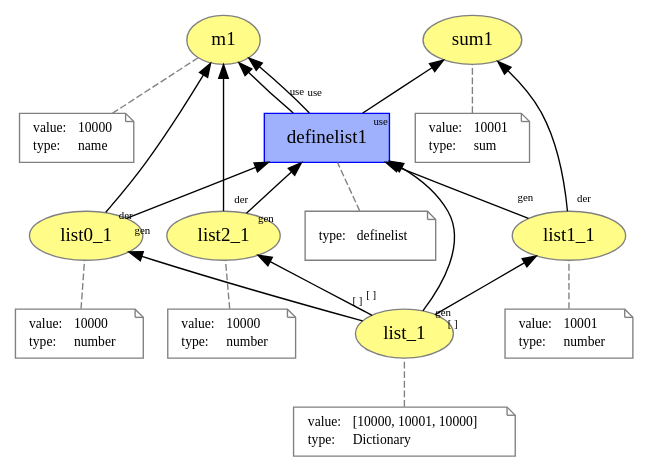
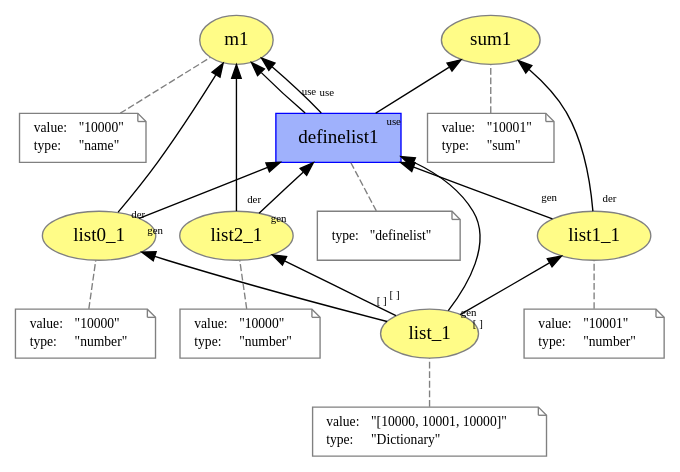
The diagram in plain_prov/list.dot (dew-uff/versioned-prov), drawn with Graphviz before and after one commit. The commit also changed 93 other files, not shown here.

```diff
--- a/plain_prov/list.dot
+++ b/plain_prov/list.dot
@@ -1,95 +1,95 @@
 digraph "PROV" { size="16,12"; rankdir="BT";
 "http://example.org/m1" [fillcolor="#FFFC87",color="#808080",style="filled",label="m1",URL="http://example.org/m1"]
 "-attrs0" [color="gray",shape="note",fontsize="10",fontcolor="black",label=<<TABLE cellpadding="0" border="0">
 	<TR>
 	    <TD align="left">value:</TD>
-	    <TD align="left">10000</TD>
+	    <TD align="left">&quot;10000&quot;</TD>
 	</TR>
 	<TR>
 	    <TD align="left">type:</TD>
-	    <TD align="left">name</TD>
+	    <TD align="left">&quot;name&quot;</TD>
 	</TR>
 </TABLE>>]
 "-attrs0" -> "http://example.org/m1" [color="gray",style="dashed",arrowhead="none"]
 "http://example.org/sum1" [fillcolor="#FFFC87",color="#808080",style="filled",label="sum1",URL="http://example.org/sum1"]
 "-attrs1" [color="gray",shape="note",fontsize="10",fontcolor="black",label=<<TABLE cellpadding="0" border="0">
 	<TR>
 	    <TD align="left">value:</TD>
-	    <TD align="left">10001</TD>
+	    <TD align="left">&quot;10001&quot;</TD>
 	</TR>
 	<TR>
 	    <TD align="left">type:</TD>
-	    <TD align="left">sum</TD>
+	    <TD align="left">&quot;sum&quot;</TD>
 	</TR>
 </TABLE>>]
 "-attrs1" -> "http://example.org/sum1" [color="gray",style="dashed",arrowhead="none"]
 "http://example.org/list_1" [fillcolor="#FFFC87",color="#808080",style="filled",label="list_1",URL="http://example.org/list_1"]
 "-attrs2" [color="gray",shape="note",fontsize="10",fontcolor="black",label=<<TABLE cellpadding="0" border="0">
 	<TR>
 	    <TD align="left">value:</TD>
-	    <TD align="left">[10000, 10001, 10000]</TD>
+	    <TD align="left">&quot;[10000, 10001, 10000]&quot;</TD>
 	</TR>
 	<TR>
 	    <TD align="left">type:</TD>
-	    <TD align="left">Dictionary</TD>
+	    <TD align="left">&quot;Dictionary&quot;</TD>
 	</TR>
 </TABLE>>]
 "-attrs2" -> "http://example.org/list_1" [color="gray",style="dashed",arrowhead="none"]
 "http://example.org/list0_1" [fillcolor="#FFFC87",color="#808080",style="filled",label="list0_1",URL="http://example.org/list0_1"]
 "-attrs3" [color="gray",shape="note",fontsize="10",fontcolor="black",label=<<TABLE cellpadding="0" border="0">
 	<TR>
 	    <TD align="left">value:</TD>
-	    <TD align="left">10000</TD>
+	    <TD align="left">&quot;10000&quot;</TD>
 	</TR>
 	<TR>
 	    <TD align="left">type:</TD>
-	    <TD align="left">number</TD>
+	    <TD align="left">&quot;number&quot;</TD>
 	</TR>
 </TABLE>>]
 "-attrs3" -> "http://example.org/list0_1" [color="gray",style="dashed",arrowhead="none"]
 "http://example.org/list1_1" [fillcolor="#FFFC87",color="#808080",style="filled",label="list1_1",URL="http://example.org/list1_1"]
 "-attrs4" [color="gray",shape="note",fontsize="10",fontcolor="black",label=<<TABLE cellpadding="0" border="0">
 	<TR>
 	    <TD align="left">value:</TD>
-	    <TD align="left">10001</TD>
+	    <TD align="left">&quot;10001&quot;</TD>
 	</TR>
 	<TR>
 	    <TD align="left">type:</TD>
-	    <TD align="left">number</TD>
+	    <TD align="left">&quot;number&quot;</TD>
 	</TR>
 </TABLE>>]
 "-attrs4" -> "http://example.org/list1_1" [color="gray",style="dashed",arrowhead="none"]
 "http://example.org/list2_1" [fillcolor="#FFFC87",color="#808080",style="filled",label="list2_1",URL="http://example.org/list2_1"]
 "-attrs5" [color="gray",shape="note",fontsize="10",fontcolor="black",label=<<TABLE cellpadding="0" border="0">
 	<TR>
 	    <TD align="left">value:</TD>
-	    <TD align="left">10000</TD>
+	    <TD align="left">&quot;10000&quot;</TD>
 	</TR>
 	<TR>
 	    <TD align="left">type:</TD>
-	    <TD align="left">number</TD>
+	    <TD align="left">&quot;number&quot;</TD>
 	</TR>
 </TABLE>>]
 "-attrs5" -> "http://example.org/list2_1" [color="gray",style="dashed",arrowhead="none"]
 "http://example.org/list_1" -> "http://example.org/list0_1" [labelfontsize="8",labeldistance="1.5",labelangle="60.0",rotation="20",taillabel="[ ]"]
 "http://example.org/list_1" -> "http://example.org/list1_1" [labelfontsize="8",labeldistance="1.5",labelangle="60.0",rotation="20",taillabel="[ ]"]
 "http://example.org/list_1" -> "http://example.org/list2_1" [labelfontsize="8",labeldistance="1.5",labelangle="60.0",rotation="20",taillabel="[ ]"]
 "http://example.org/definelist1" [fillcolor="#9FB1FC",color="#0000FF",shape="polygon",sides="4",style="filled",label="definelist1",URL="http://example.org/definelist1"]
 "-attrs6" [color="gray",shape="note",fontsize="10",fontcolor="black",label=<<TABLE cellpadding="0" border="0">
 	<TR>
 	    <TD align="left">type:</TD>
-	    <TD align="left">definelist</TD>
+	    <TD align="left">&quot;definelist&quot;</TD>
 	</TR>
 </TABLE>>]
 "-attrs6" -> "http://example.org/definelist1" [color="gray",style="dashed",arrowhead="none"]
 "http://example.org/definelist1" -> "http://example.org/m1" [labelfontsize="8",labeldistance="1.5",labelangle="60.0",rotation="20",taillabel="use"]
 "http://example.org/list0_1" -> "http://example.org/definelist1" [labelfontsize="8",labeldistance="1.5",labelangle="60.0",rotation="20",taillabel="gen"]
 "http://example.org/list0_1" -> "http://example.org/m1" [labelfontsize="8",labeldistance="1.5",labelangle="60.0",rotation="20",taillabel="der"]
 "http://example.org/definelist1" -> "http://example.org/sum1" [labelfontsize="8",labeldistance="1.5",labelangle="60.0",rotation="20",taillabel="use"]
 "http://example.org/list1_1" -> "http://example.org/definelist1" [labelfontsize="8",labeldistance="1.5",labelangle="60.0",rotation="20",taillabel="gen"]
 "http://example.org/list1_1" -> "http://example.org/sum1" [labelfontsize="8",labeldistance="1.5",labelangle="60.0",rotation="20",taillabel="der"]
 "http://example.org/definelist1" -> "http://example.org/m1" [labelfontsize="8",labeldistance="1.5",labelangle="60.0",rotation="20",taillabel="use"]
 "http://example.org/list2_1" -> "http://example.org/definelist1" [labelfontsize="8",labeldistance="1.5",labelangle="60.0",rotation="20",taillabel="gen"]
 "http://example.org/list2_1" -> "http://example.org/m1" [labelfontsize="8",labeldistance="1.5",labelangle="60.0",rotation="20",taillabel="der"]
 "http://example.org/list_1" -> "http://example.org/definelist1" [labelfontsize="8",labeldistance="1.5",labelangle="60.0",rotation="20",taillabel="gen"]
 }
```
